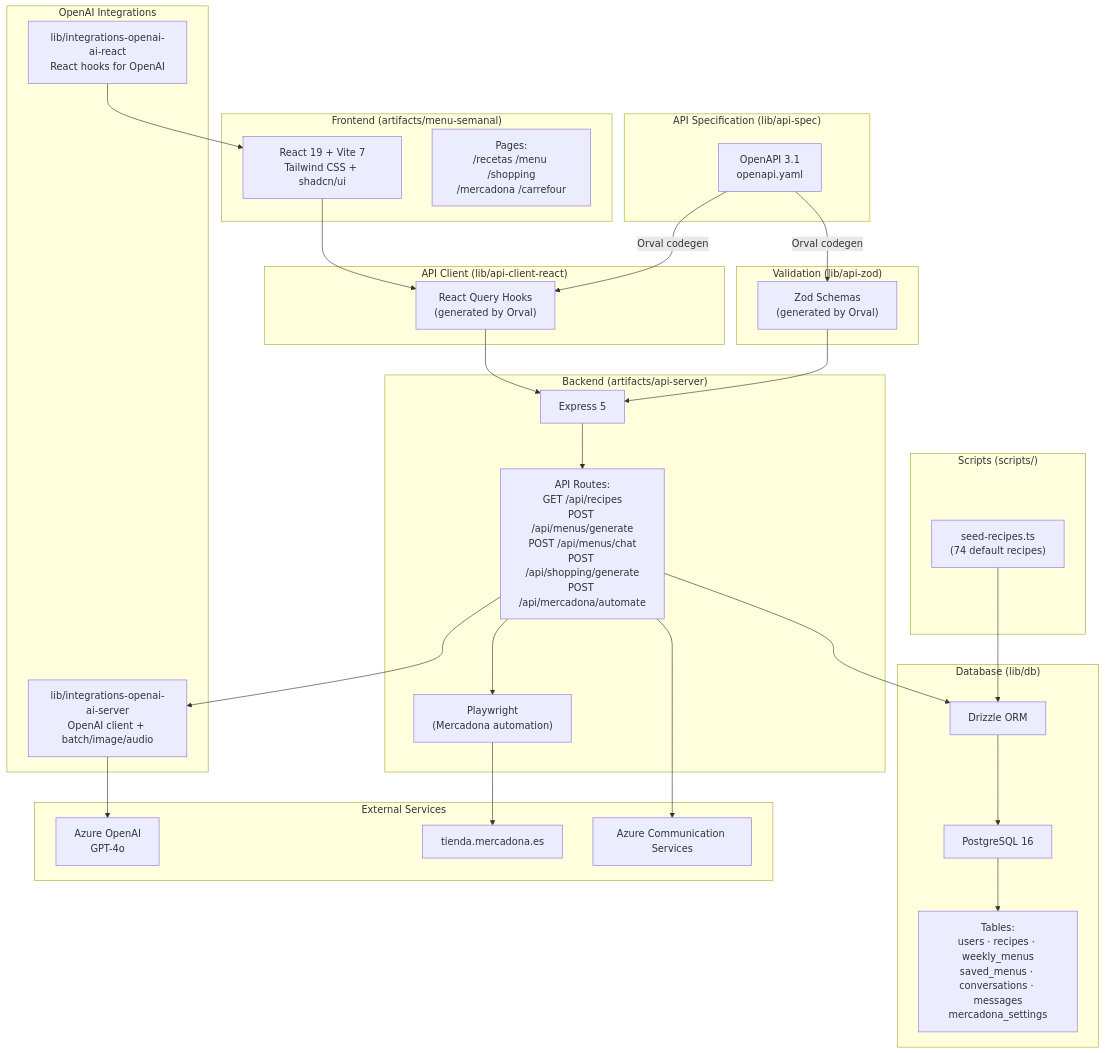
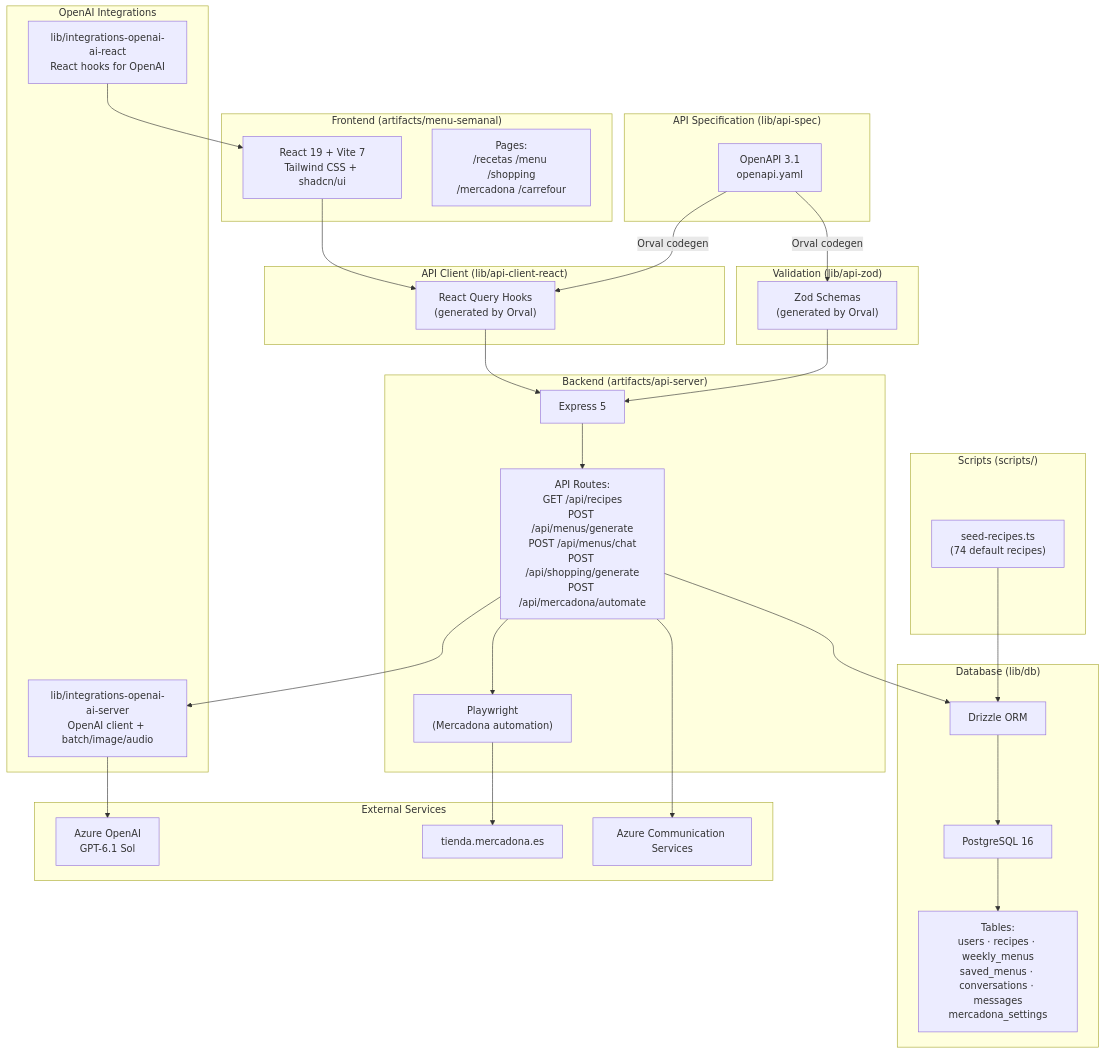
The diagram in README.md (elenagonzalezblanco/menu-planner), drawn with Mermaid before and after one commit. The commit also changed other lines of this file and 8 other files, not shown here.

First line of the commit message:
Move the AI assistant to GPT-6.1 Sol and add an API deploy workflow

````diff
--- a/README.md
+++ b/README.md
@@ -191,63 +191,63 @@
 ```mermaid
 graph TB
     subgraph Frontend["Frontend (artifacts/menu-semanal)"]
         UI["React 19 + Vite 7<br/>Tailwind CSS + shadcn/ui"]
         Pages["Pages:<br/>/recetas /menu /shopping<br/>/mercadona /carrefour"]
     end
 
     subgraph APIClient["API Client (lib/api-client-react)"]
         Hooks["React Query Hooks<br/>(generated by Orval)"]
     end
 
     subgraph APISpec["API Specification (lib/api-spec)"]
         OpenAPISpec["OpenAPI 3.1<br/>openapi.yaml"]
     end
 
     subgraph APIZod["Validation (lib/api-zod)"]
         Schemas["Zod Schemas<br/>(generated by Orval)"]
     end
 
     subgraph Backend["Backend (artifacts/api-server)"]
         Express["Express 5"]
         Routes["API Routes:<br/>GET /api/recipes<br/>POST /api/menus/generate<br/>POST /api/menus/chat<br/>POST /api/shopping/generate<br/>POST /api/mercadona/automate"]
         PW["Playwright<br/>(Mercadona automation)"]
     end
 
     subgraph OpenAIInteg["OpenAI Integrations"]
         AIServer["lib/integrations-openai-ai-server<br/>OpenAI client + batch/image/audio"]
         AIReact["lib/integrations-openai-ai-react<br/>React hooks for OpenAI"]
     end
 
     subgraph DB["Database (lib/db)"]
         Drizzle["Drizzle ORM"]
         PG["PostgreSQL 16"]
         TablesNode["Tables:<br/>users · recipes · weekly_menus<br/>saved_menus · conversations · messages<br/>mercadona_settings"]
     end
 
     subgraph Scripts["Scripts (scripts/)"]
         Seed["seed-recipes.ts<br/>(74 default recipes)"]
     end
 
     subgraph External["External Services"]
-        OpenAISvc["Azure OpenAI<br/>GPT-4o"]
+        OpenAISvc["Azure OpenAI<br/>GPT-6.1 Sol"]
         Mercadona["tienda.mercadona.es"]
         AzureEmail["Azure Communication Services"]
     end
 
     UI --> Hooks
     Hooks --> Express
     OpenAPISpec -->|Orval codegen| Hooks
     OpenAPISpec -->|Orval codegen| Schemas
     Schemas --> Express
     Express --> Routes
     Routes --> Drizzle
     Routes --> AIServer
     AIServer --> OpenAISvc
     Routes --> PW
     PW --> Mercadona
     Drizzle --> PG
     PG --> TablesNode
     Seed --> Drizzle
     AIReact --> UI
     Routes --> AzureEmail
 ```
````
